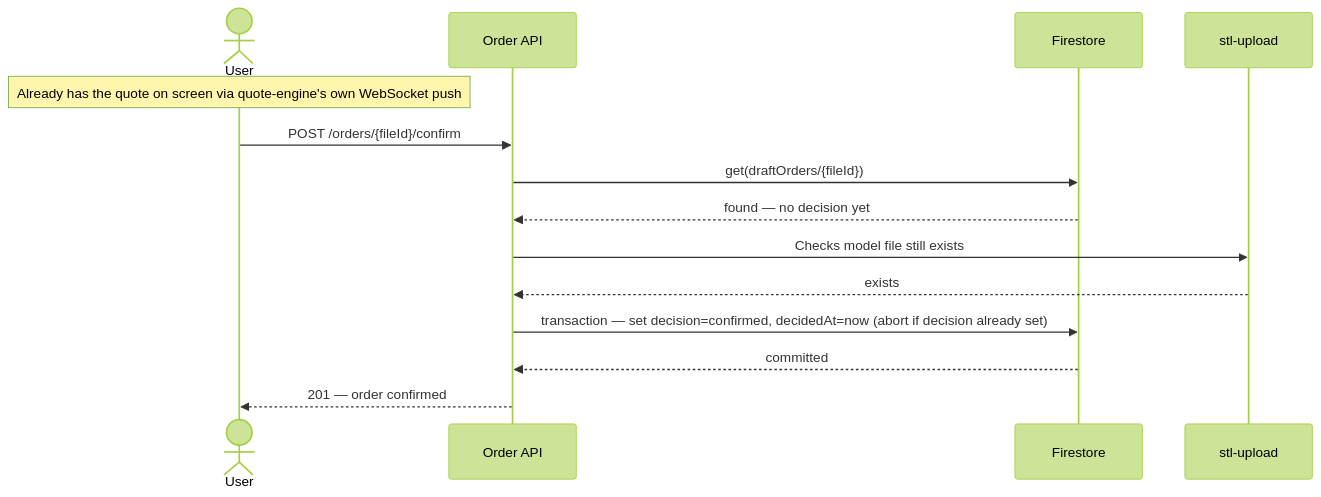
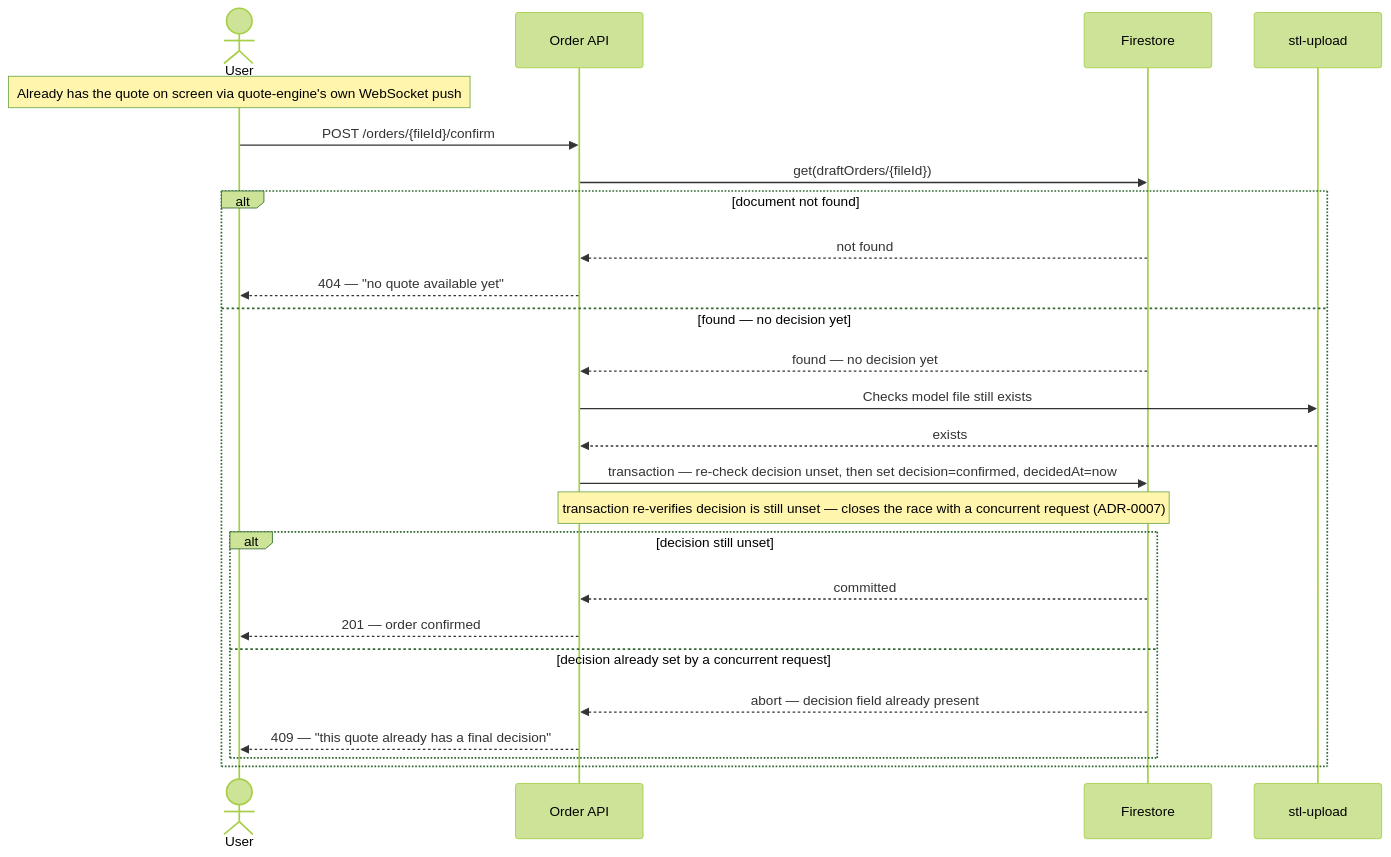
The third of 8 diagrams in docs/features/order-confirmation/sad.md (yahacom/print-marketplace), drawn with Mermaid (forest theme) before and after one commit. The commit also changed other lines of this file and 1 other file, not shown here.

First line of the commit message:
06: complete sequence coverage for order-confirmation

````diff
--- a/docs/features/order-confirmation/sad.md
+++ b/docs/features/order-confirmation/sad.md
@@ -155,16 +157,27 @@
 ```mermaid
 sequenceDiagram
     actor User
     participant API as Order API
     participant FS as Firestore
     participant SU as stl-upload
     Note over User: Already has the quote on screen via quote-engine's own WebSocket push
     User->>API: POST /orders/{fileId}/confirm
     API->>FS: get(draftOrders/{fileId})
-    FS-->>API: found — no decision yet
-    API->>SU: Checks model file still exists
-    SU-->>API: exists
-    API->>FS: transaction — set decision=confirmed, decidedAt=now (abort if decision already set)
-    FS-->>API: committed
-    API-->>User: 201 — order confirmed
+    alt document not found
+        FS-->>API: not found
+        API-->>User: 404 — "no quote available yet"
+    else found — no decision yet
+        FS-->>API: found — no decision yet
+        API->>SU: Checks model file still exists
+        SU-->>API: exists
+        API->>FS: transaction — re-check decision unset, then set decision=confirmed, decidedAt=now
+        Note over API,FS: transaction re-verifies decision is still unset — closes the race with a concurrent request (ADR-0007)
+        alt decision still unset
+            FS-->>API: committed
+            API-->>User: 201 — order confirmed
+        else decision already set by a concurrent request
+            FS-->>API: abort — decision field already present
+            API-->>User: 409 — "this quote already has a final decision"
+        end
+    end
 ```
````
